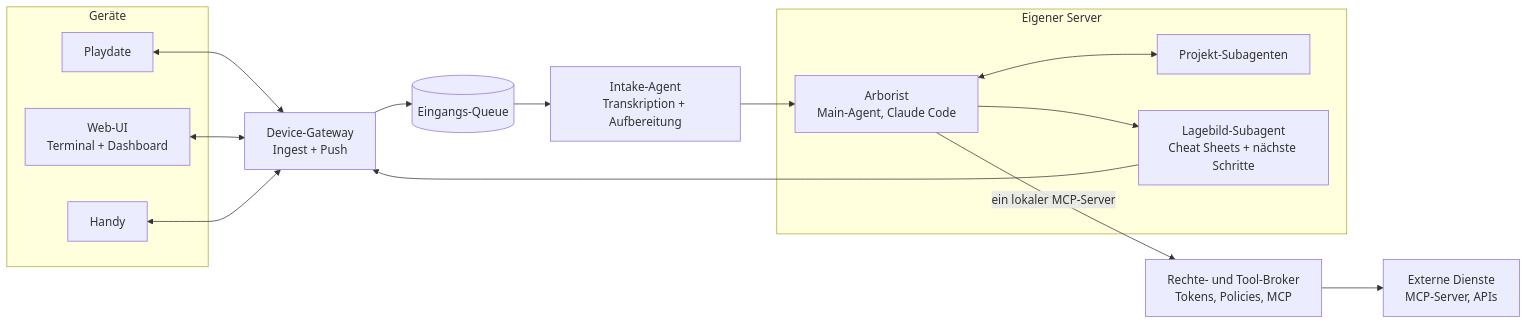
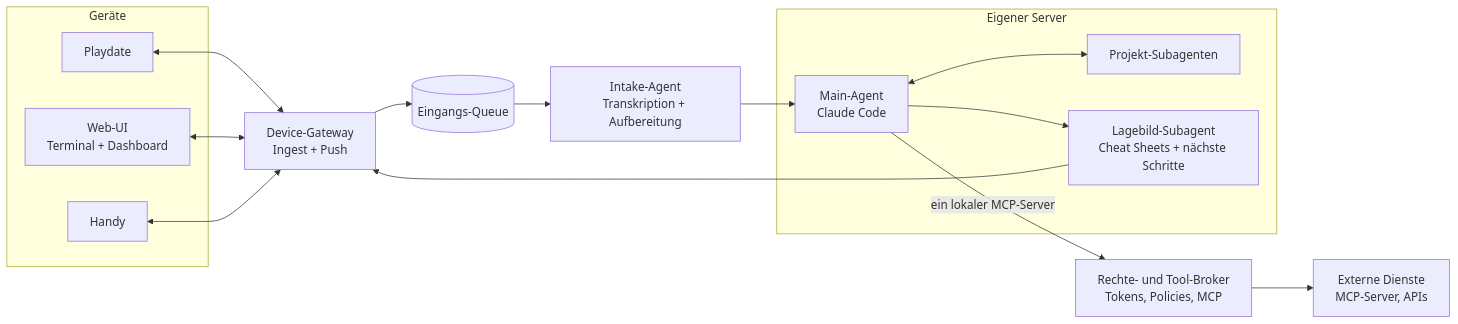
Before and after one commit to merlinbecker/playdate-claude-client: the diagram in docs/vision.md, drawn with Mermaid. The commit also changed other lines of this file and 24 other files, not shown here.

````diff
--- a/docs/vision.md
+++ b/docs/vision.md
@@ -17,26 +17,26 @@
 ```mermaid
 flowchart LR
     subgraph Geräte
         PD[Playdate]
         WEB[Web-UI<br/>Terminal + Dashboard]
         PH[Handy]
     end
 
     GW[Device-Gateway<br/>Ingest + Push]
     IN[Intake-Agent<br/>Transkription + Aufbereitung]
 
     subgraph VM[Eigener Server]
-        AR[Arborist<br/>Main-Agent, Claude Code]
+        AR[Main-Agent<br/>Claude Code]
         SA[Projekt-Subagenten]
         CS[Lagebild-Subagent<br/>Cheat Sheets + nächste Schritte]
     end
 
     BR[Rechte- und Tool-Broker<br/>Tokens, Policies, MCP]
     EXT[Externe Dienste<br/>MCP-Server, APIs]
 
     PD & WEB & PH <--> GW
     GW --> Q[(Eingangs-Queue)] --> IN --> AR
     AR <--> SA
     AR --> CS --> GW
     AR -- ein lokaler MCP-Server --> BR --> EXT
 ```
````
